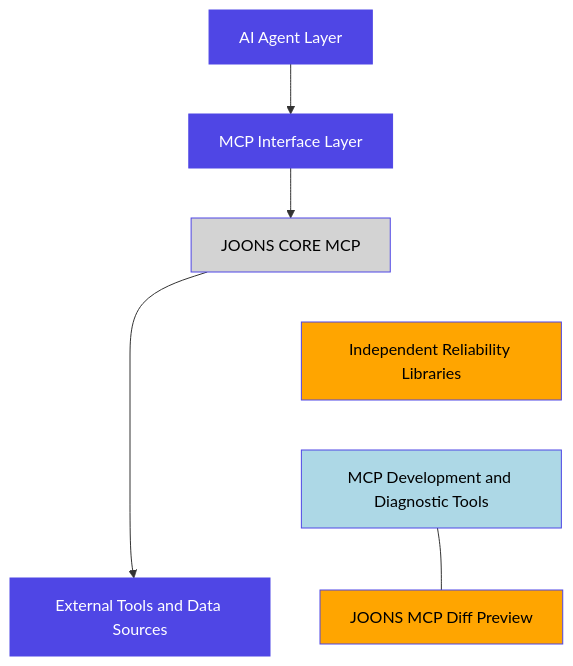
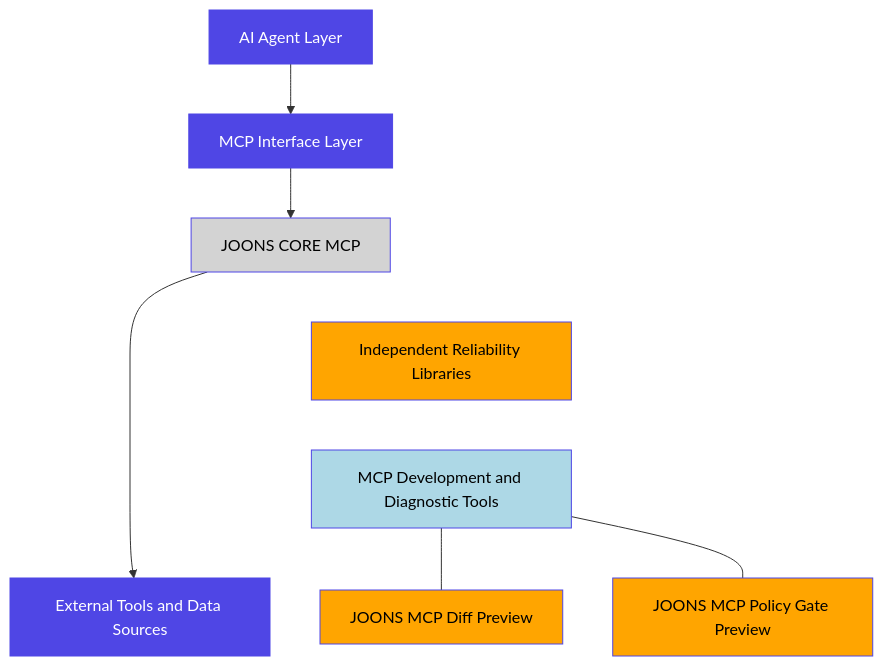
The first of 3 diagrams in docs/ARCHITECTURE.md (dbdefault/joons-ecosystem), drawn with Mermaid before and after one commit. The commit also changed other lines of this file and 6 other files, not shown here.

Commit message:
Docs: add JOONS MCP Policy Gate v0.1.0 Preview

````diff
--- a/docs/ARCHITECTURE.md
+++ b/docs/ARCHITECTURE.md
@@ -14,24 +14,26 @@
 ```mermaid
 flowchart TD
     A["AI Agent Layer"]
     B["MCP Interface Layer"]
     C["JOONS CORE MCP"]
     D["Independent Reliability Libraries"]
     E["MCP Development and Diagnostic Tools"]
     Diff["JOONS MCP Diff Preview"]
+    PolicyGate["JOONS MCP Policy Gate Preview"]
     F["External Tools and Data Sources"]
     A --> B --> C --> F
     D ~~~ E
     C ~~~ D
     E ~~~ F
     E --- Diff
+    E --- PolicyGate
     classDef interface fill:#4F46E5,stroke:#4F46E5,color:#fff
     classDef private fill:#d3d3d3,stroke:#4F46E5,color:#000
     classDef preview fill:#ffa500,stroke:#4F46E5,color:#000
     classDef mixed fill:#add8e6,stroke:#4F46E5,color:#000
     class A,B,F interface
     class C private
     class D preview
     class E mixed
-    class Diff preview
+    class Diff,PolicyGate preview
 ```
````
